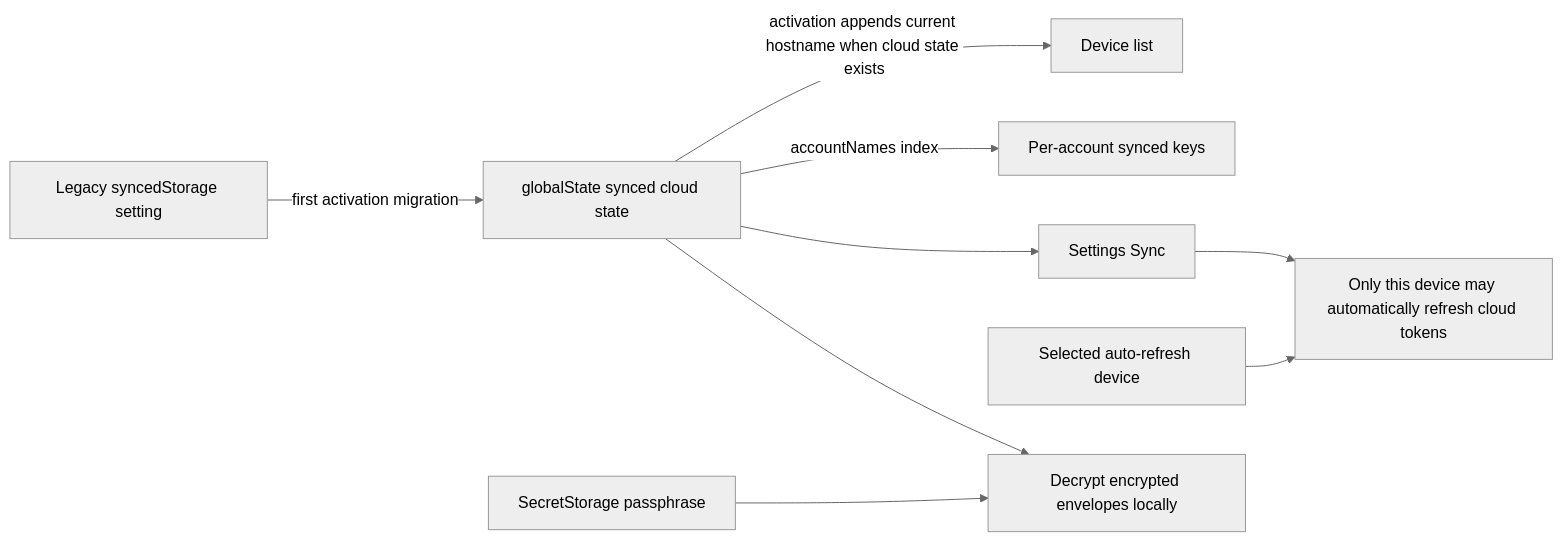
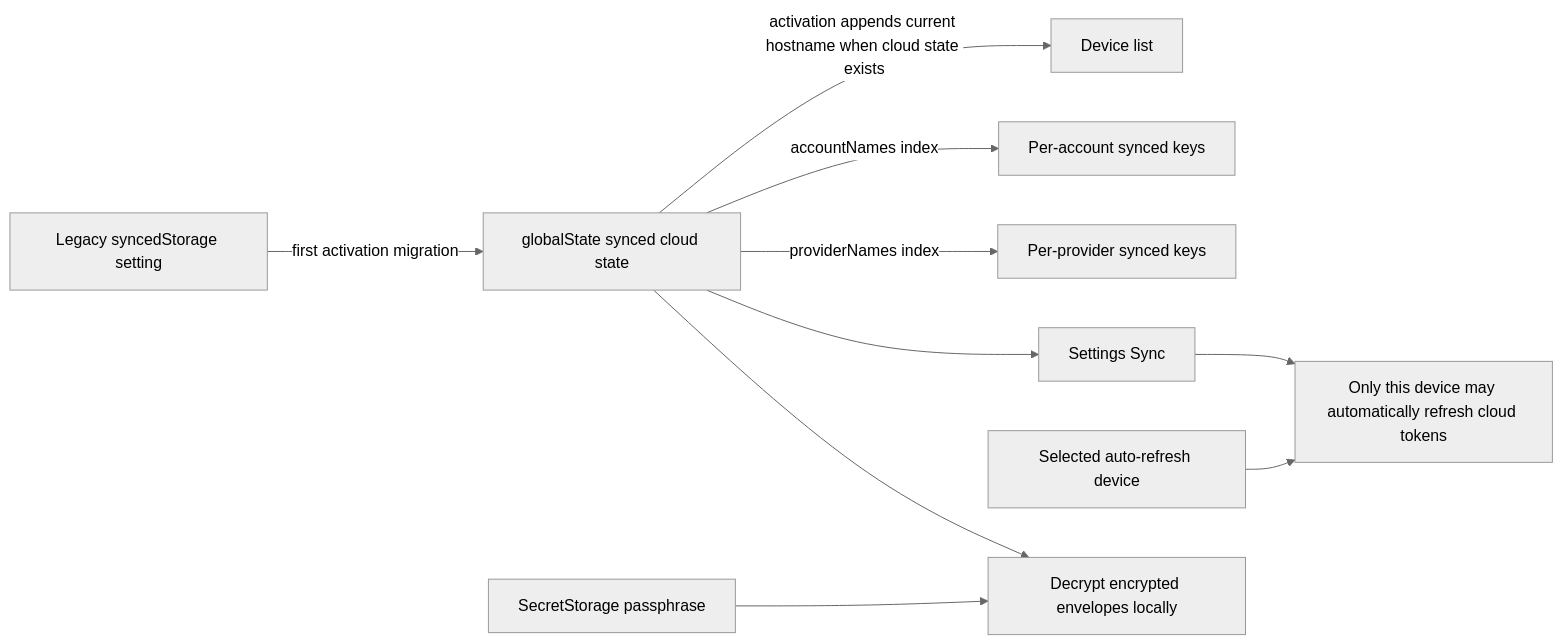
One commit to jqknono/codex-account-switch changed the diagram in docs/synced-cloud-state.md. Above: the diagram before and after it, drawn with Mermaid (neutral theme). The commit also changed other lines of this file and 6 other files, not shown here.

First line of the commit message:
refactor(storage): transition to per-entry synced keys for cloud state

````diff
--- a/docs/synced-cloud-state.md
+++ b/docs/synced-cloud-state.md
@@ -17,11 +17,12 @@
 ```mermaid
 flowchart LR
   A[Legacy syncedStorage setting] -->|first activation migration| B[globalState synced cloud state]
   B -->|activation appends current hostname when cloud state exists| C[Device list]
   B -->|accountNames index| I[Per-account synced keys]
+  B -->|providerNames index| J[Per-provider synced keys]
   B --> D[Settings Sync]
   E[Selected auto-refresh device] --> F[Only this device may automatically refresh cloud tokens]
   D --> F
   G[SecretStorage passphrase] --> H[Decrypt encrypted envelopes locally]
   B --> H
 ```
````
